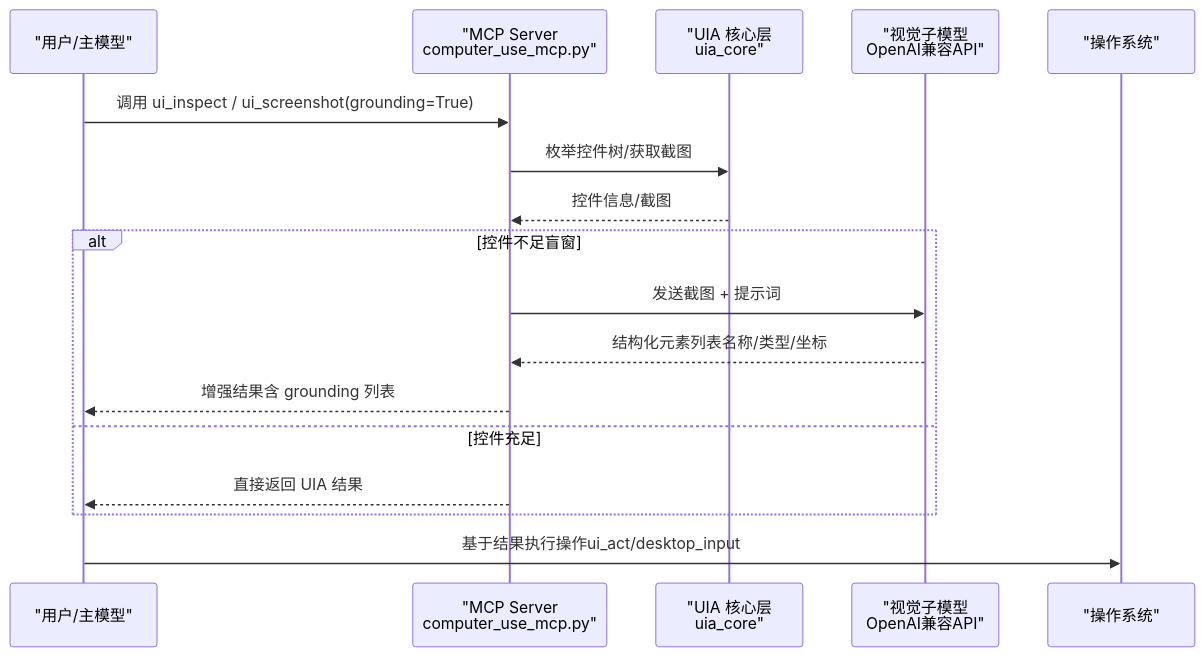
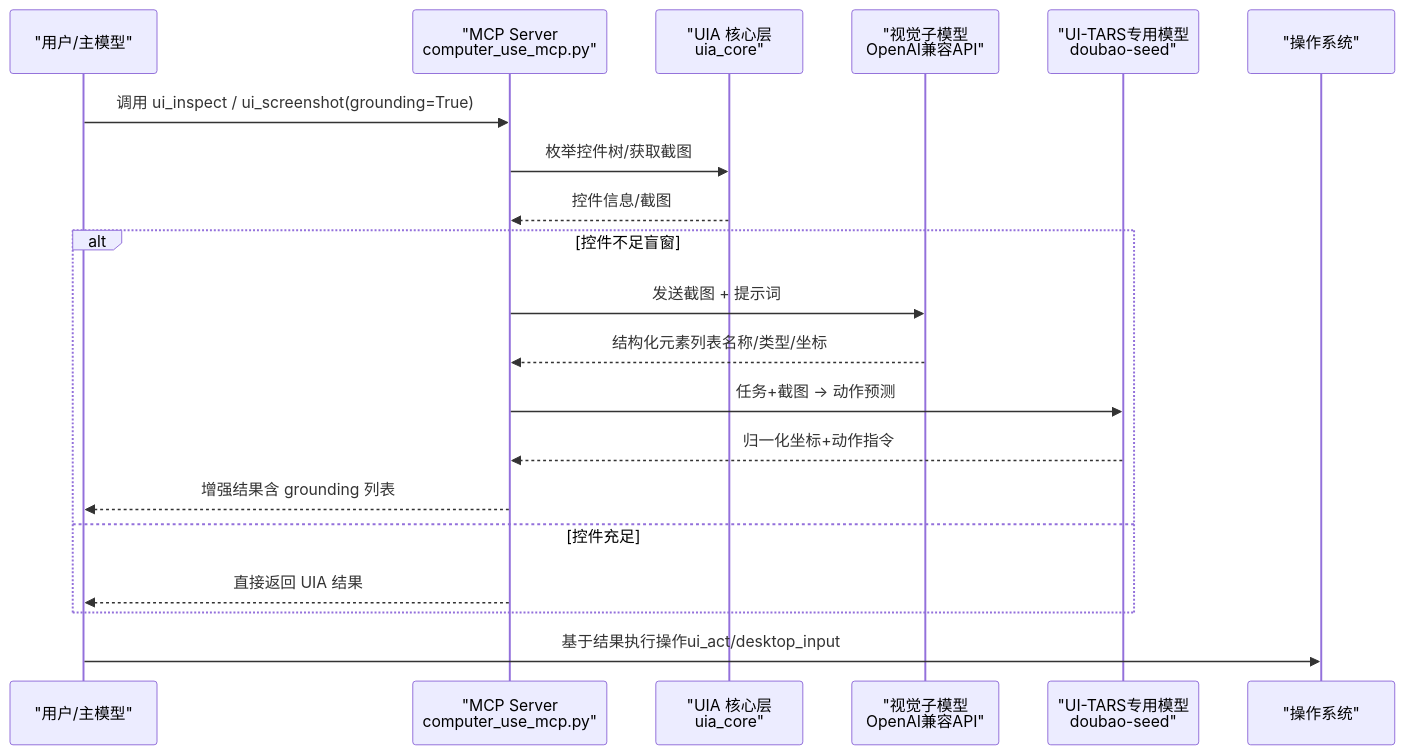
Before and after one commit to swond-Mao/Tiffa: the second of 3 diagrams in .qoder/repowiki/zh/content/技能系统/计算机使用技能/视觉定位配置.md, drawn with Mermaid. The commit also changed other lines of this file and 25 other files, not shown here.

````diff
--- a/.qoder/repowiki/zh/content/技能系统/计算机使用技能/视觉定位配置.md
+++ b/.qoder/repowiki/zh/content/技能系统/计算机使用技能/视觉定位配置.md
@@ -89,19 +97,22 @@
 ```mermaid
 sequenceDiagram
 participant User as "用户/主模型"
 participant MCP as "MCP Server<br/>computer_use_mcp.py"
 participant UICore as "UIA 核心层<br/>uia_core"
 participant VLM as "视觉子模型<br/>OpenAI兼容API"
+participant UITARS as "UI-TARS专用模型<br/>doubao-seed"
 participant OS as "操作系统"
 User->>MCP : 调用 ui_inspect / ui_screenshot(grounding=True)
 MCP->>UICore : 枚举控件树/获取截图
 UICore-->>MCP : 控件信息/截图
 alt 控件不足盲窗
 MCP->>VLM : 发送截图 + 提示词
 VLM-->>MCP : 结构化元素列表名称/类型/坐标
+MCP->>UITARS : 任务+截图 → 动作预测
+UITARS-->>MCP : 归一化坐标+动作指令
 MCP-->>User : 增强结果含 grounding 列表
 else 控件充足
 MCP-->>User : 直接返回 UIA 结果
 end
 User->>OS : 基于结果执行操作ui_act/desktop_input
 ```
````
